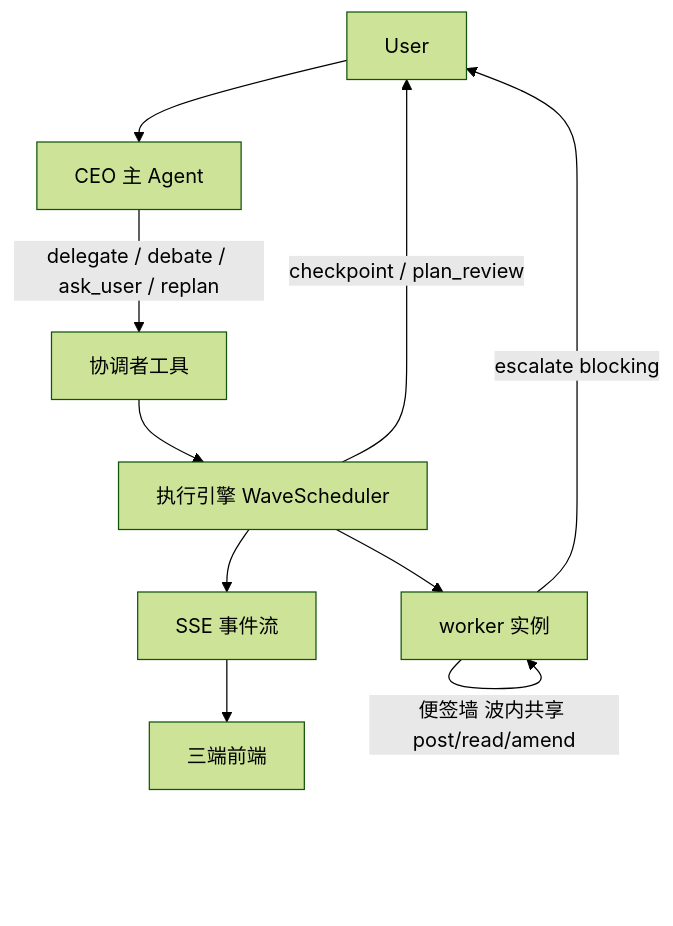
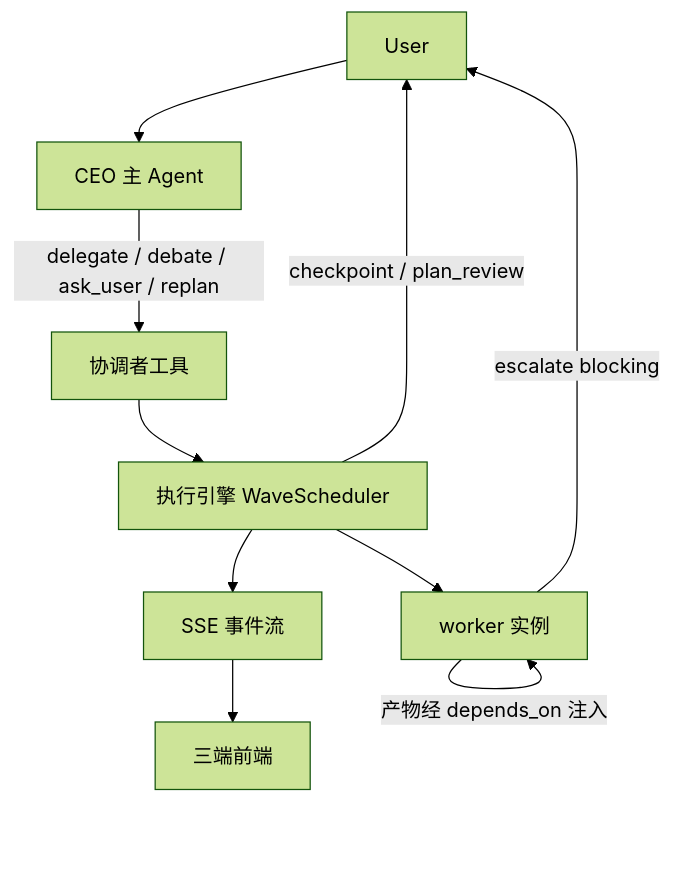
Before and after one commit to Lawofall/AgentCore: the diagram in docs/03-AI核心/运行时总览.md, drawn with Mermaid (forest theme). The commit also changed other lines of this file and 649 other files, not shown here.

````diff
--- a/docs/03-AI核心/运行时总览.md
+++ b/docs/03-AI核心/运行时总览.md
@@ -21,13 +21,12 @@
 ```mermaid
 flowchart TB
   User --> CEO[CEO 主 Agent]
   CEO -->|delegate / debate / ask_user / replan| Tools[协调者工具]
   Tools --> Engine[执行引擎 WaveScheduler]
   Engine --> Worker[worker 实例]
   Worker -->|产物经 depends_on 注入| Worker
-  Worker -->|便签墙 波内共享 post/read/amend| Worker
   Worker -->|escalate blocking| User
   Engine -->|checkpoint / plan_review| User
   Engine --> SSE[SSE 事件流]
   SSE --> UI[三端前端]
 ```
````
